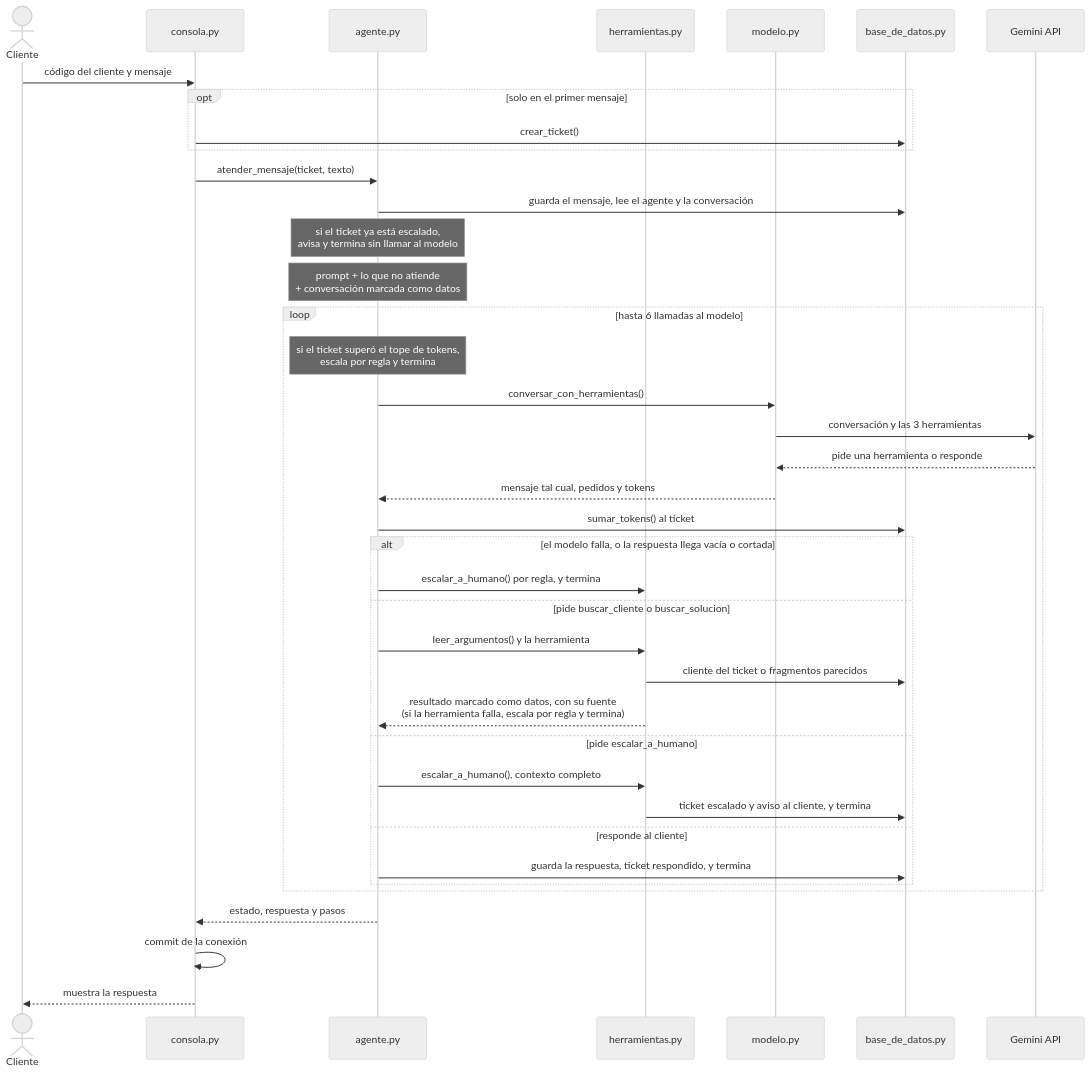
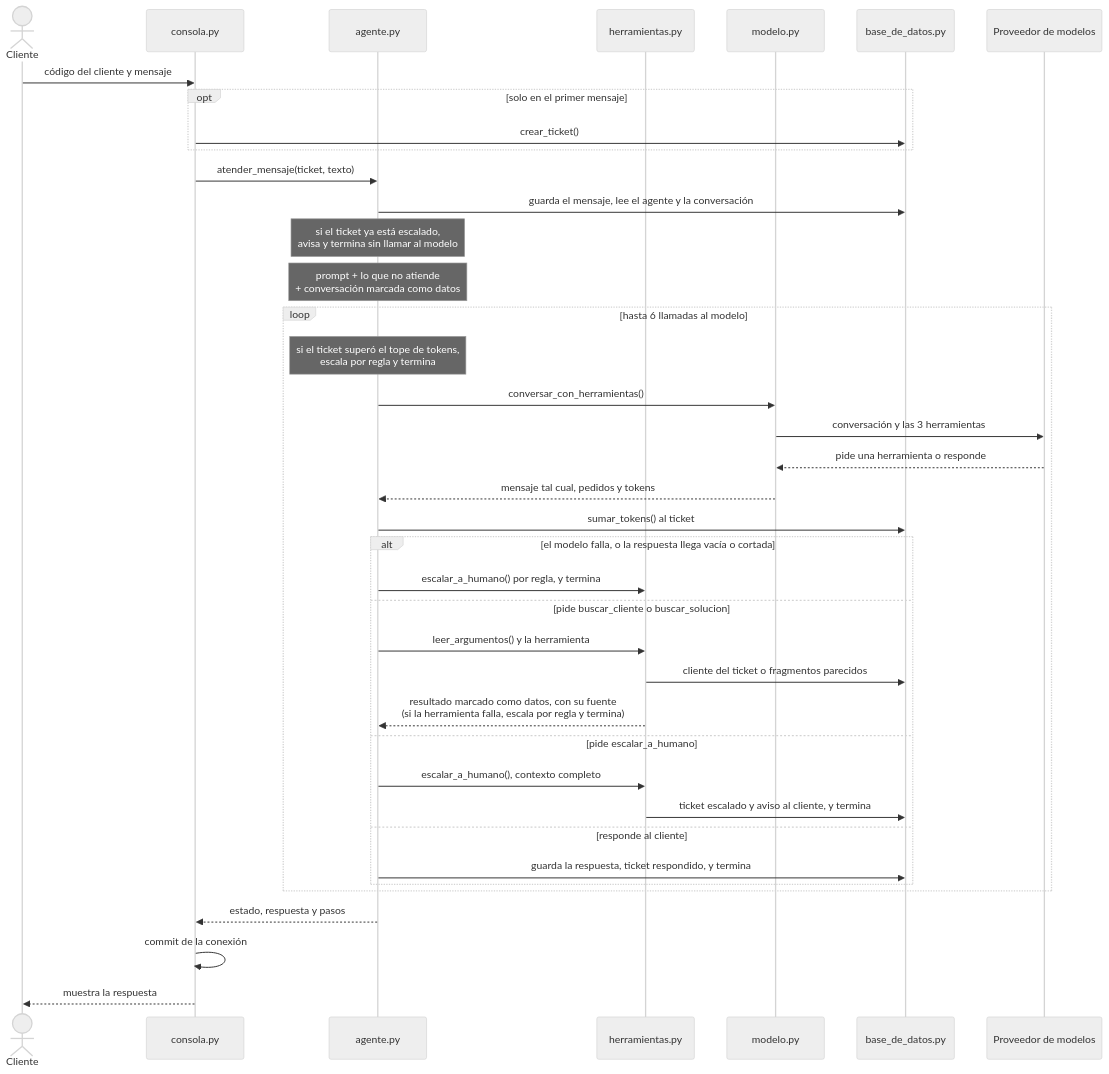
One commit to edgardo001/ai-agent-manager-estudio-aiam-certiprof-studio changed the second of 5 diagrams in estudio/proyecto-agente/agente-soporte-n1/docs/diagramas-del-codigo.md. Above: the diagram before and after it, drawn with Mermaid (neutral theme). The commit also changed other lines of this file and 15 other files, not shown here.

````diff
--- a/estudio/proyecto-agente/agente-soporte-n1/docs/diagramas-del-codigo.md
+++ b/estudio/proyecto-agente/agente-soporte-n1/docs/diagramas-del-codigo.md
@@ -85,42 +85,42 @@
 ```mermaid
 sequenceDiagram
     actor P as Cliente
     participant C as consola.py
     participant A as agente.py
     participant H as herramientas.py
     participant M as modelo.py
     participant B as base_de_datos.py
-    participant G as Gemini API
+    participant G as Proveedor de modelos
 
     P->>C: código del cliente y mensaje
     opt solo en el primer mensaje
         C->>B: crear_ticket()
     end
     C->>A: atender_mensaje(ticket, texto)
     A->>B: guarda el mensaje, lee el agente y la conversación
     Note over A: si el ticket ya está escalado,<br/>avisa y termina sin llamar al modelo
     Note over A: prompt + lo que no atiende<br/>+ conversación marcada como datos
     loop hasta 6 llamadas al modelo
         Note over A: si el ticket superó el tope de tokens,<br/>escala por regla y termina
         A->>M: conversar_con_herramientas()
         M->>G: conversación y las 3 herramientas
         G-->>M: pide una herramienta o responde
         M-->>A: mensaje tal cual, pedidos y tokens
         A->>B: sumar_tokens() al ticket
         alt el modelo falla, o la respuesta llega vacía o cortada
             A->>H: escalar_a_humano() por regla, y termina
         else pide buscar_cliente o buscar_solucion
             A->>H: leer_argumentos() y la herramienta
             H->>B: cliente del ticket o fragmentos parecidos
             H-->>A: resultado marcado como datos, con su fuente<br/>(si la herramienta falla, escala por regla y termina)
         else pide escalar_a_humano
             A->>H: escalar_a_humano(), contexto completo
             H->>B: ticket escalado y aviso al cliente, y termina
         else responde al cliente
             A->>B: guarda la respuesta, ticket respondido, y termina
         end
     end
     A-->>C: estado, respuesta y pasos
     C->>C: commit de la conexión
     C-->>P: muestra la respuesta
 ```
````
